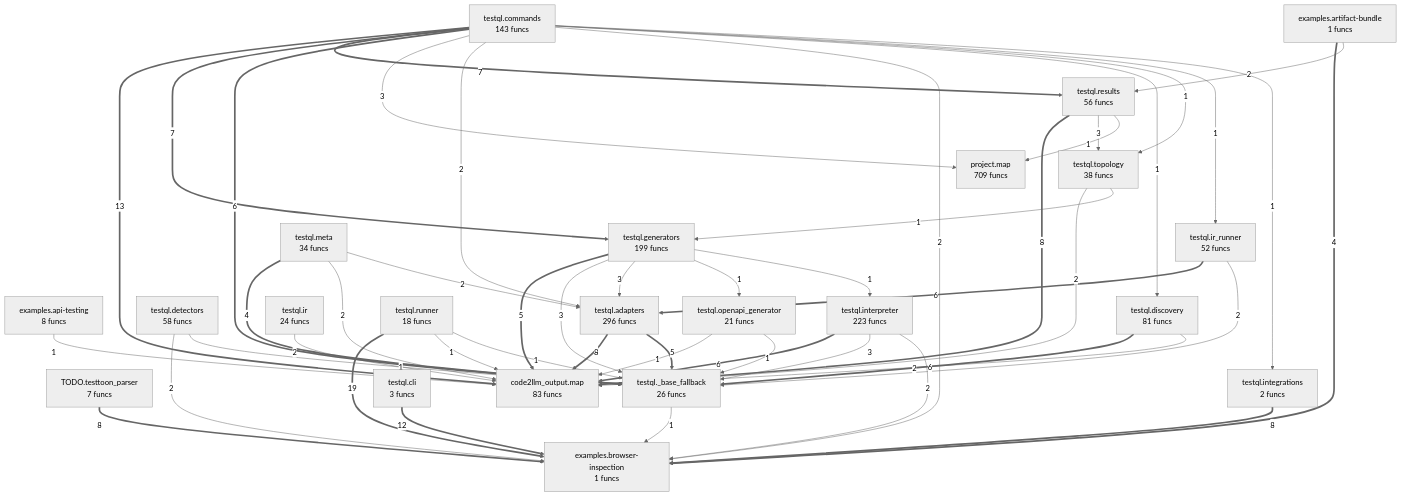
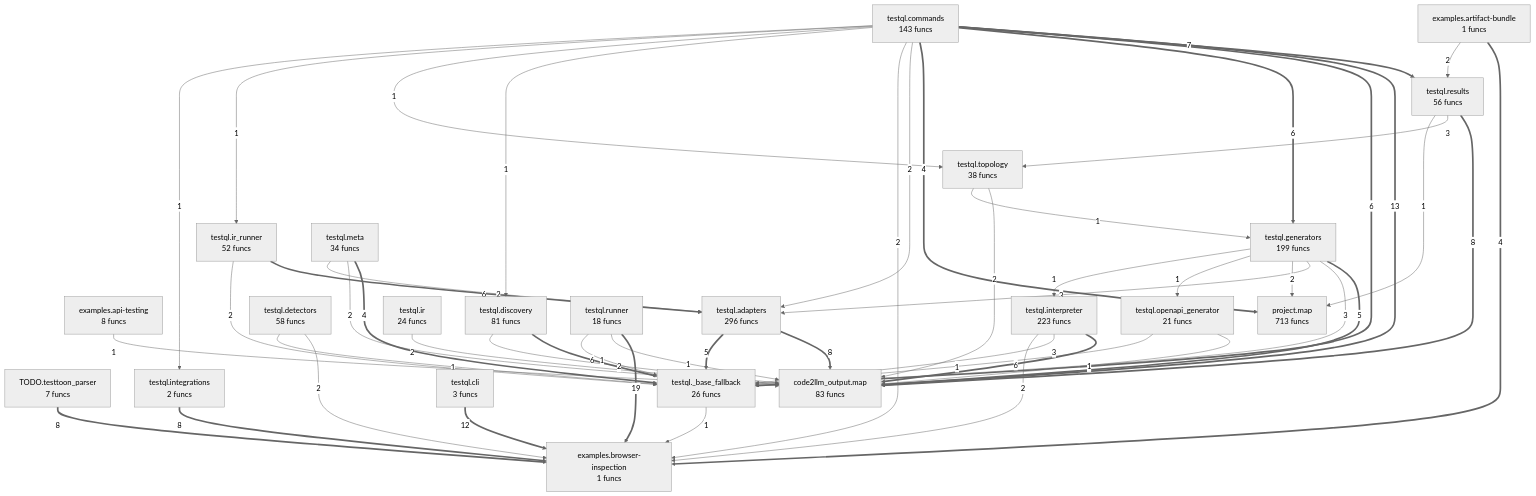
One commit to oqlos/testql changed the diagram in project/compact_flow.mmd. Above: the diagram before and after it, drawn with Mermaid (neutral theme). The commit also changed 55 other files, not shown here.

```diff
--- a/project/compact_flow.mmd
+++ b/project/compact_flow.mmd
@@ -1,71 +1,72 @@
 flowchart TD
     TODO__testtoon_parser["TODO.testtoon_parser<br/>7 funcs"]
     code2llm_output__map["code2llm_output.map<br/>83 funcs"]
     examples__api_testing["examples.api-testing<br/>8 funcs"]
     examples__artifact_bundle["examples.artifact-bundle<br/>1 funcs"]
     examples__browser_inspection["examples.browser-inspection<br/>1 funcs"]
-    project__map["project.map<br/>709 funcs"]
+    project__map["project.map<br/>713 funcs"]
     testql___base_fallback["testql._base_fallback<br/>26 funcs"]
     testql__adapters["testql.adapters<br/>296 funcs"]
     testql__cli["testql.cli<br/>3 funcs"]
     testql__commands["testql.commands<br/>143 funcs"]
     testql__detectors["testql.detectors<br/>58 funcs"]
     testql__discovery["testql.discovery<br/>81 funcs"]
     testql__generators["testql.generators<br/>199 funcs"]
     testql__integrations["testql.integrations<br/>2 funcs"]
     testql__interpreter["testql.interpreter<br/>223 funcs"]
     testql__ir["testql.ir<br/>24 funcs"]
     testql__ir_runner["testql.ir_runner<br/>52 funcs"]
     testql__meta["testql.meta<br/>34 funcs"]
     testql__openapi_generator["testql.openapi_generator<br/>21 funcs"]
     testql__results["testql.results<br/>56 funcs"]
     testql__runner["testql.runner<br/>18 funcs"]
     testql__topology["testql.topology<br/>38 funcs"]
     testql__runner ==>|19| examples__browser_inspection
     testql__commands ==>|13| code2llm_output__map
     testql__cli ==>|12| examples__browser_inspection
     TODO__testtoon_parser ==>|8| examples__browser_inspection
     testql__results ==>|8| code2llm_output__map
     testql__adapters ==>|8| code2llm_output__map
     testql__integrations ==>|8| examples__browser_inspection
-    testql__commands ==>|7| testql__generators
     testql__commands ==>|7| testql__results
     testql__commands ==>|6| testql___base_fallback
+    testql__commands ==>|6| testql__generators
     testql__interpreter ==>|6| code2llm_output__map
     testql__discovery ==>|6| testql___base_fallback
     testql__ir_runner ==>|6| testql__adapters
     testql__generators ==>|5| code2llm_output__map
     testql__adapters ==>|5| testql___base_fallback
     examples__artifact_bundle ==>|4| examples__browser_inspection
+    testql__commands ==>|4| project__map
     testql__meta ==>|4| testql___base_fallback
-    testql__commands -->|3| project__map
     testql__interpreter -->|3| testql___base_fallback
     testql__results -->|3| testql__topology
     testql__generators -->|3| testql___base_fallback
     testql__generators -->|3| testql__adapters
     examples__artifact_bundle -->|2| testql__results
     testql__commands -->|2| testql__adapters
     testql__commands -->|2| examples__browser_inspection
     testql__interpreter -->|2| examples__browser_inspection
     testql__ir -->|2| code2llm_output__map
     testql__discovery -->|2| code2llm_output__map
+    testql__generators -->|2| project__map
     testql__meta -->|2| code2llm_output__map
     testql__meta -->|2| testql__adapters
     testql__detectors -->|2| examples__browser_inspection
     testql__ir_runner -->|2| testql___base_fallback
     testql__topology -->|2| code2llm_output__map
     examples__api_testing -->|1| code2llm_output__map
     testql__runner -->|1| code2llm_output__map
     testql__runner -->|1| testql___base_fallback
     testql__openapi_generator -->|1| code2llm_output__map
     testql__openapi_generator -->|1| testql___base_fallback
     testql___base_fallback -->|1| examples__browser_inspection
     testql__commands -->|1| testql__discovery
     testql__commands -->|1| testql__topology
     testql__commands -->|1| testql__ir_runner
     testql__commands -->|1| testql__integrations
     testql__results -->|1| project__map
     testql__generators -->|1| testql__openapi_generator
     testql__generators -->|1| testql__interpreter
     testql__detectors -->|1| testql___base_fallback
     testql__topology -->|1| testql__generators
```
